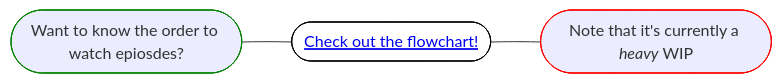
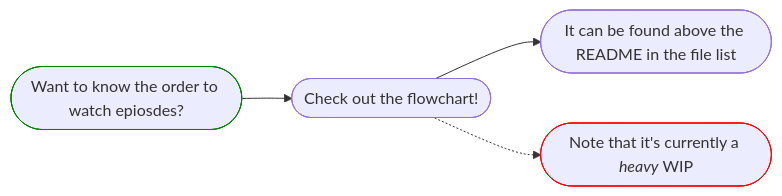
One commit to LilyLavender/ssbu-mod-workshop changed the diagram in README.md. Above: the diagram before and after it, drawn with Mermaid.

Commit message:
Flowchart part 4

````diff
--- a/README.md
+++ b/README.md
@@ -7,24 +7,18 @@
 ```mermaid
 graph LR;
     %% Declarations
     tt1([Want to know the order to watch epiosdes?])
     tt2([Check out the flowchart!])
     tt3([Note that it's currently a <em>heavy</em> WIP])
+    tt4([It can be found above the README in the file list])
 
     %% Connections
-    tt1 --- tt2 --- tt3
+    tt1 --> tt2 --> tt4
+    tt2 .-> tt3
     
     %% Classes
     classDef highlightG stroke: green
     classDef highlightR stroke: red
-    classDef link color: #00E, text-decoration: underline
-    classDef invert fill: white, stroke: black
-
     class tt1 highlightG
-    class tt2 link
-    class tt2 invert
     class tt3 highlightR
-
-    %% Links
-    click tt2 "https://github.com/LilyLavender/ssbu-mod-workshop/blob/main/Flowchart.md"
 ```
````
